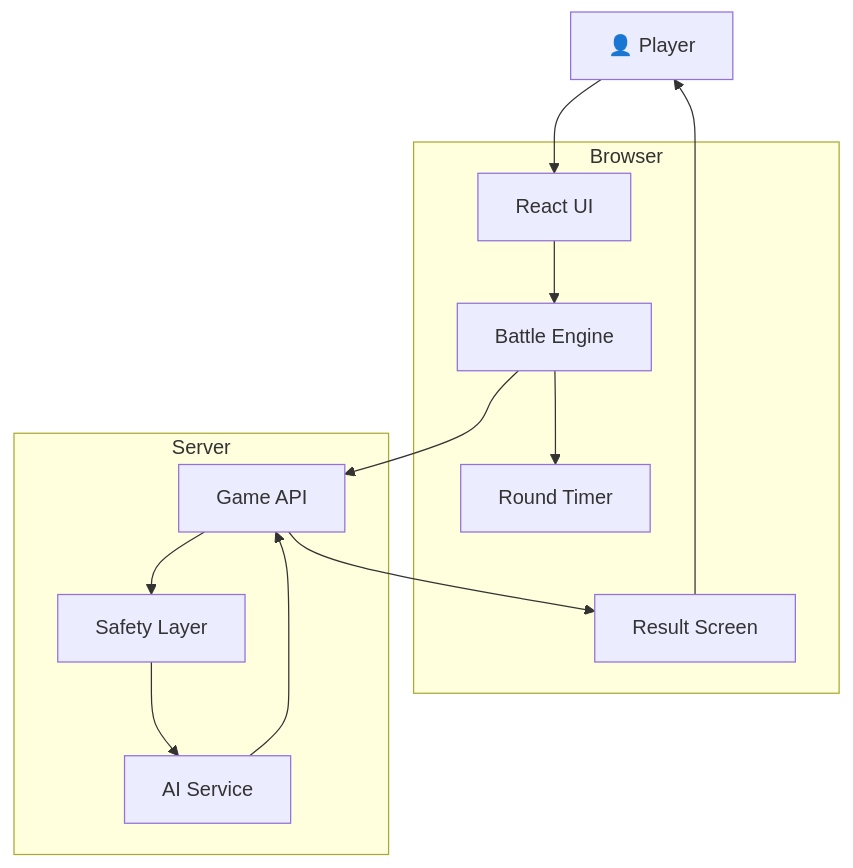
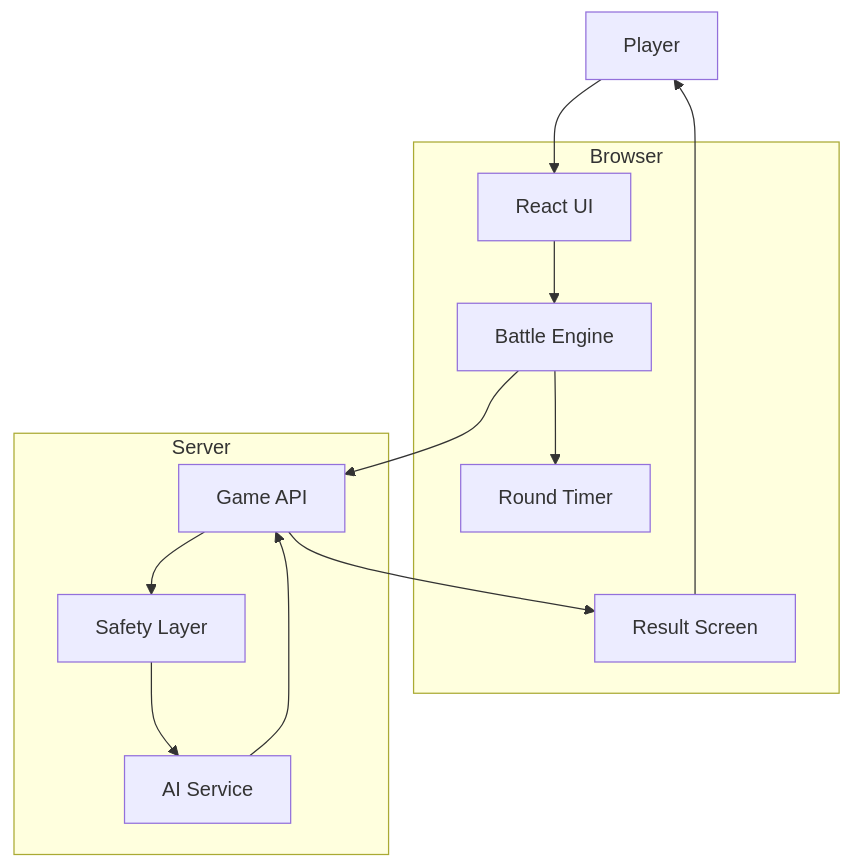
The fourth of 7 diagrams in README.md (Devputta/Open-Sourec--Project-Zip-files), drawn with Mermaid before and after one commit. The commit also changed other lines of this file, not shown here.

````diff
--- a/README.md
+++ b/README.md
@@ -361,30 +328,30 @@
 ```mermaid
 flowchart TB
 
-    Player[👤 Player]
+    Player[Player]
 
     subgraph Browser
         UI[React UI]
         Battle[Battle Engine]
         Timer[Round Timer]
         Result[Result Screen]
     end
 
     subgraph Server
         API[Game API]
         Safety[Safety Layer]
         AI[AI Service]
     end
 
     Player --> UI
     UI --> Battle
     Battle --> Timer
     Battle --> API
 
     API --> Safety
     Safety --> AI
 
     AI --> API
     API --> Result
     Result --> Player
 ```
````
